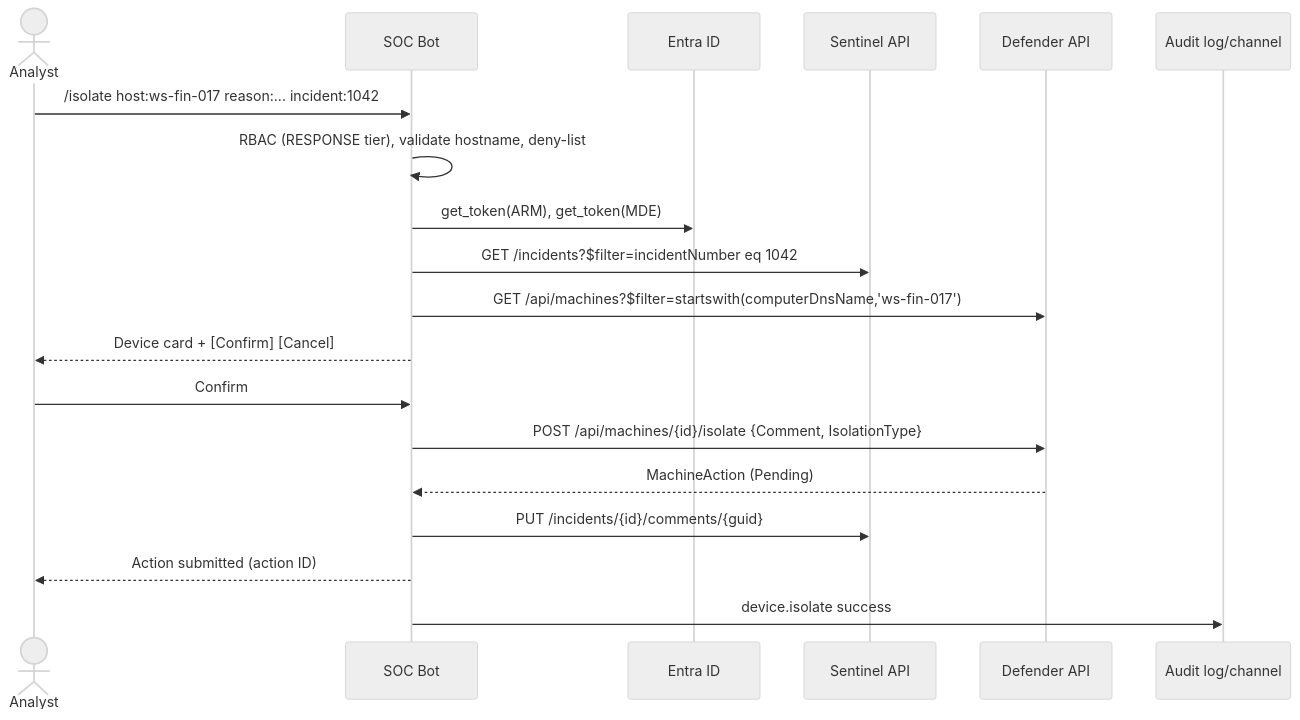
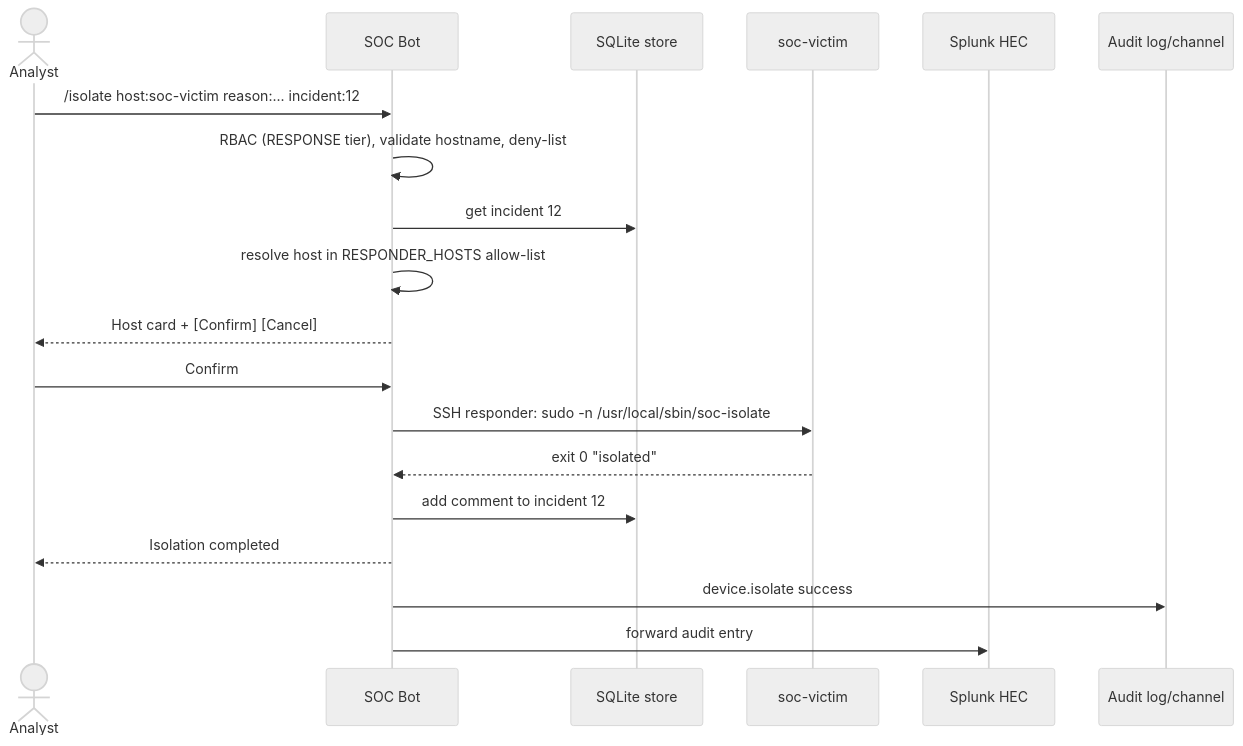
The third of 4 diagrams in docs/flowchart.md (MustafaS14/SOC_Automation_Bot), drawn with Mermaid (neutral theme) before and after one commit. The commit also changed other lines of this file and 42 other files, not shown here.

First line of the commit message:
Refactor bot from Azure to the local Splunk lab

````diff
--- a/docs/flowchart.md
+++ b/docs/flowchart.md
@@ -85,22 +82,22 @@
 ```mermaid
 sequenceDiagram
     actor Analyst
     participant Bot as SOC Bot
-    participant Entra as Entra ID
-    participant Sentinel as Sentinel API
-    participant MDE as Defender API
+    participant DB as SQLite store
+    participant VM as soc-victim
+    participant HEC as Splunk HEC
     participant Audit as Audit log/channel
 
-    Analyst->>Bot: /isolate host:ws-fin-017 reason:... incident:1042
+    Analyst->>Bot: /isolate host:soc-victim reason:... incident:12
     Bot->>Bot: RBAC (RESPONSE tier), validate hostname, deny-list
-    Bot->>Entra: get_token(ARM), get_token(MDE)
-    Bot->>Sentinel: GET /incidents?$filter=incidentNumber eq 1042
-    Bot->>MDE: GET /api/machines?$filter=startswith(computerDnsName,'ws-fin-017')
-    Bot-->>Analyst: Device card + [Confirm] [Cancel]
+    Bot->>DB: get incident 12
+    Bot->>Bot: resolve host in RESPONDER_HOSTS allow-list
+    Bot-->>Analyst: Host card + [Confirm] [Cancel]
     Analyst->>Bot: Confirm
-    Bot->>MDE: POST /api/machines/{id}/isolate {Comment, IsolationType}
-    MDE-->>Bot: MachineAction (Pending)
-    Bot->>Sentinel: PUT /incidents/{id}/comments/{guid}
-    Bot-->>Analyst: Action submitted (action ID)
+    Bot->>VM: SSH responder: sudo -n /usr/local/sbin/soc-isolate
+    VM-->>Bot: exit 0 "isolated"
+    Bot->>DB: add comment to incident 12
+    Bot-->>Analyst: Isolation completed
     Bot->>Audit: device.isolate success
+    Bot->>HEC: forward audit entry
 ```
````
